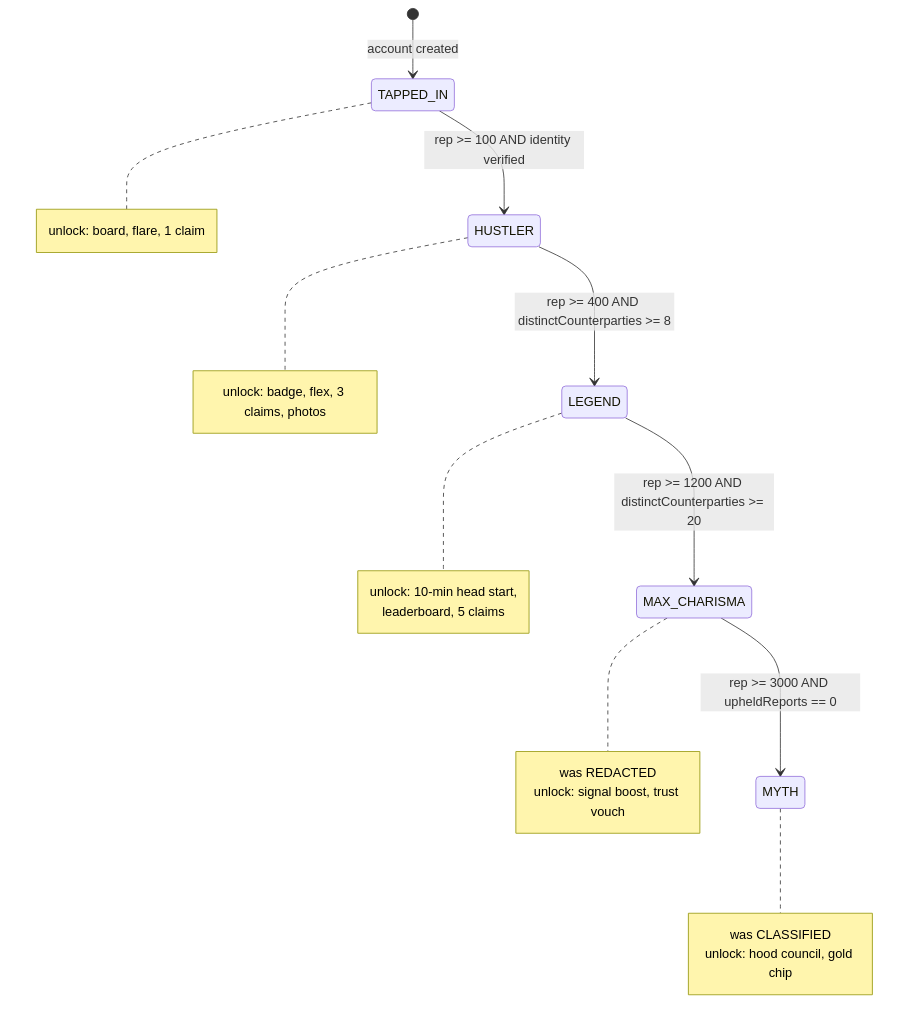
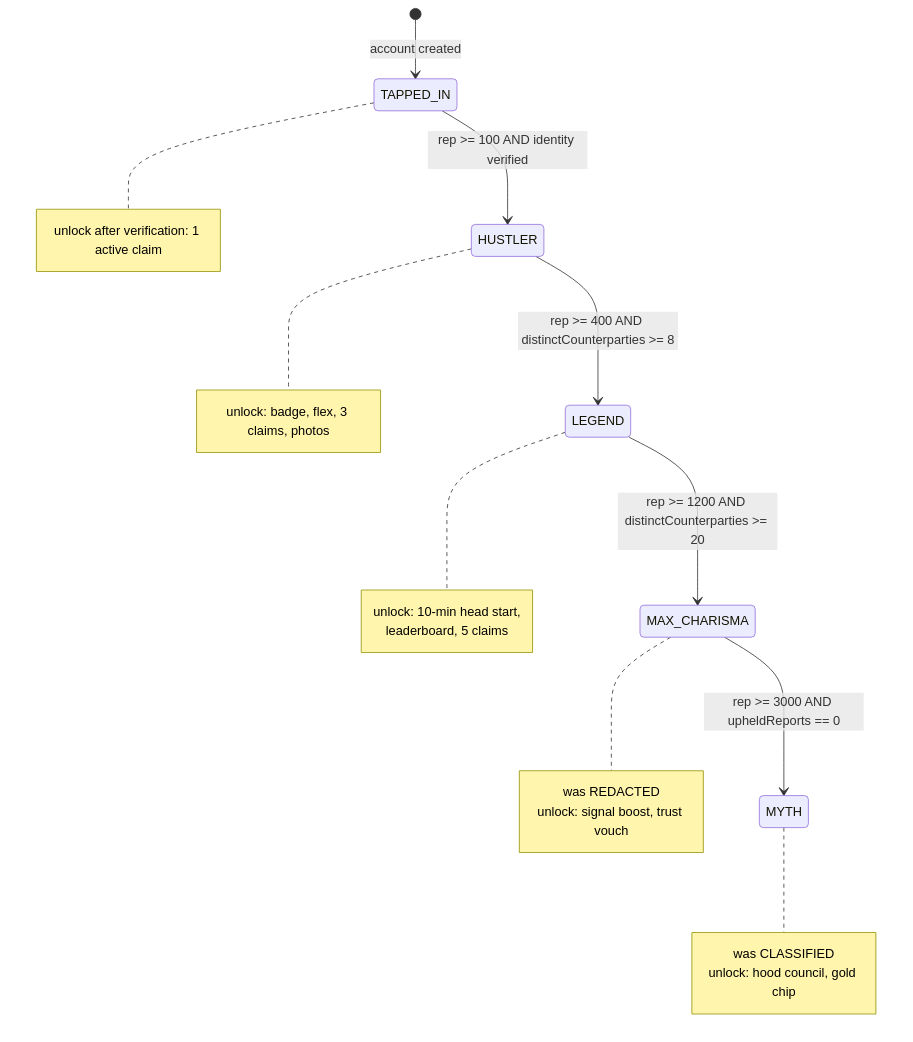
The second of 6 diagrams in .kiro/specs/qwick-gig-app-redesign/design.md (darshan-khanted/its_a_copy), drawn with Mermaid before and after one commit. The commit also changed other lines of this file and 1 other file, not shown here.

````diff
--- a/.kiro/specs/qwick-gig-app-redesign/design.md
+++ b/.kiro/specs/qwick-gig-app-redesign/design.md
@@ -636,27 +644,27 @@
 ```mermaid
 stateDiagram-v2
   [*] --> TAPPED_IN : account created
   TAPPED_IN --> HUSTLER : rep >= 100 AND identity verified
   HUSTLER --> LEGEND : rep >= 400 AND distinctCounterparties >= 8
   LEGEND --> MAX_CHARISMA : rep >= 1200 AND distinctCounterparties >= 20
   MAX_CHARISMA --> MYTH : rep >= 3000 AND upheldReports == 0
 
   note right of TAPPED_IN
-    unlock: board, flare, 1 claim
+    unlock after verification: 1 active claim
   end note
   note right of HUSTLER
     unlock: badge, flex, 3 claims, photos
   end note
   note right of LEGEND
     unlock: 10-min head start,
     leaderboard, 5 claims
   end note
   note right of MAX_CHARISMA
     was REDACTED
     unlock: signal boost, trust vouch
   end note
   note right of MYTH
     was CLASSIFIED
     unlock: hood council, gold chip
   end note
 ```
````
